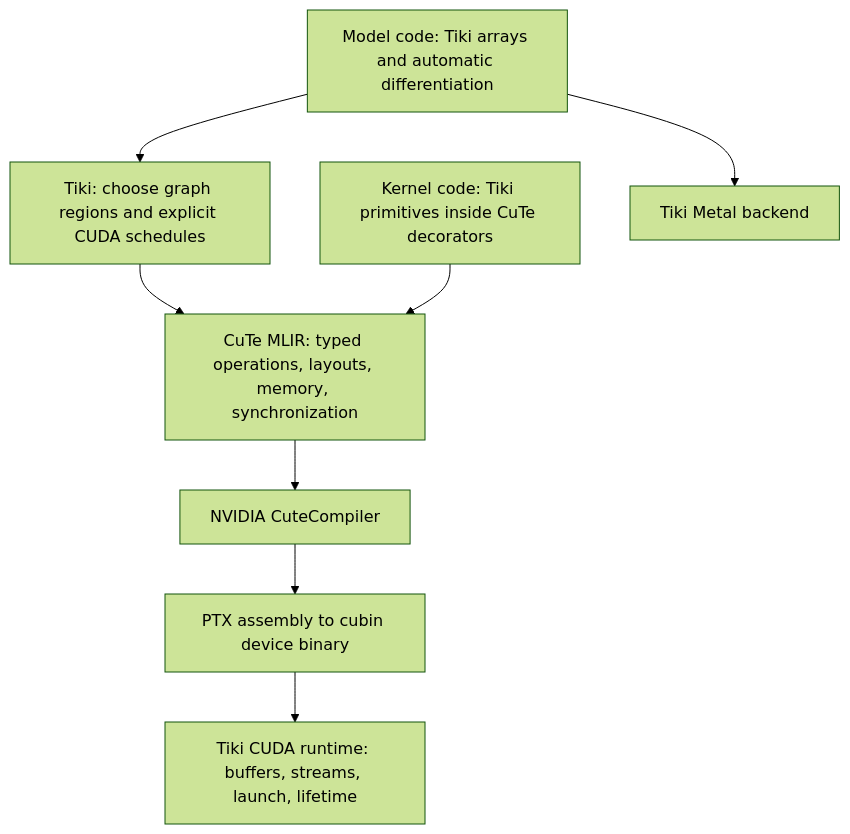
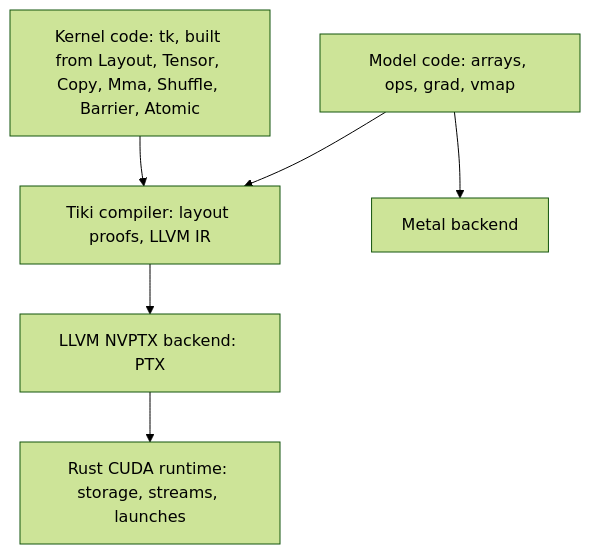
One commit to dedalus-labs/tiki changed the diagram in README.md. Above: the diagram before and after it, drawn with Mermaid (forest theme). The commit also changed other lines of this file and 83 other files, not shown here.

````diff
--- a/README.md
+++ b/README.md
@@ -72,16 +32,13 @@
 ```mermaid
 flowchart TD
-    model[Model code: Tiki arrays and automatic differentiation]
-    regions[Tiki: choose graph regions and explicit CUDA schedules]
-    kernels[Kernel code: Tiki primitives inside CuTe decorators]
-    ir[CuTe MLIR: typed operations, layouts, memory, synchronization]
-    compiler[NVIDIA CuteCompiler]
-    binary[PTX assembly to cubin device binary]
-    runtime[Tiki CUDA runtime: buffers, streams, launch, lifetime]
-    metal[Tiki Metal backend]
+    model[Model code: arrays, ops, grad, vmap]
+    kernels[Kernel code: tk, built from Layout, Tensor, Copy, Mma, Shuffle, Barrier, Atomic]
+    compiler[Tiki compiler: layout proofs, LLVM IR]
+    nvptx[LLVM NVPTX backend: PTX]
+    runtime[Rust CUDA runtime: storage, streams, launches]
+    metal[Metal backend]
 
-    model --> regions --> ir
-    kernels --> ir
-    ir --> compiler --> binary --> runtime
+    model --> compiler
+    kernels --> compiler --> nvptx --> runtime
     model --> metal
 ```
````
